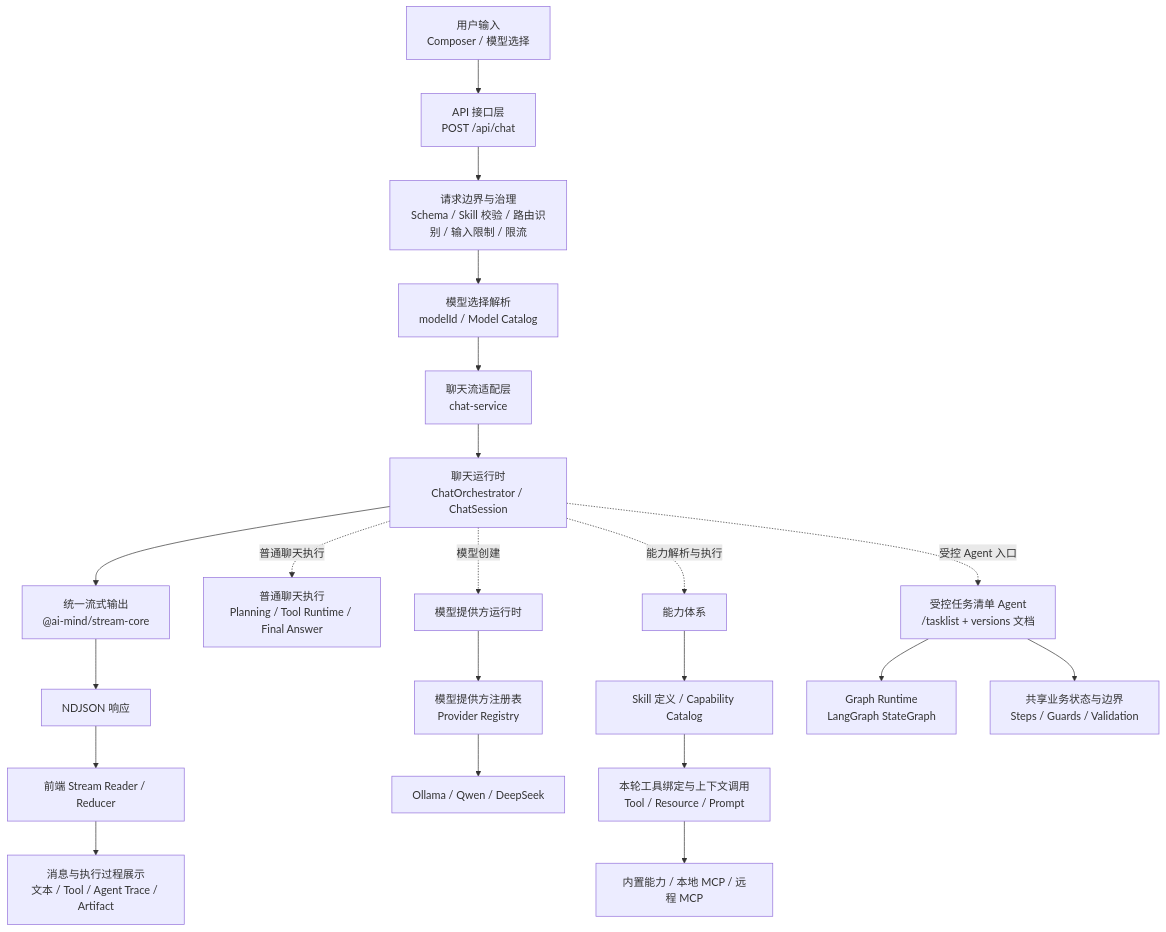
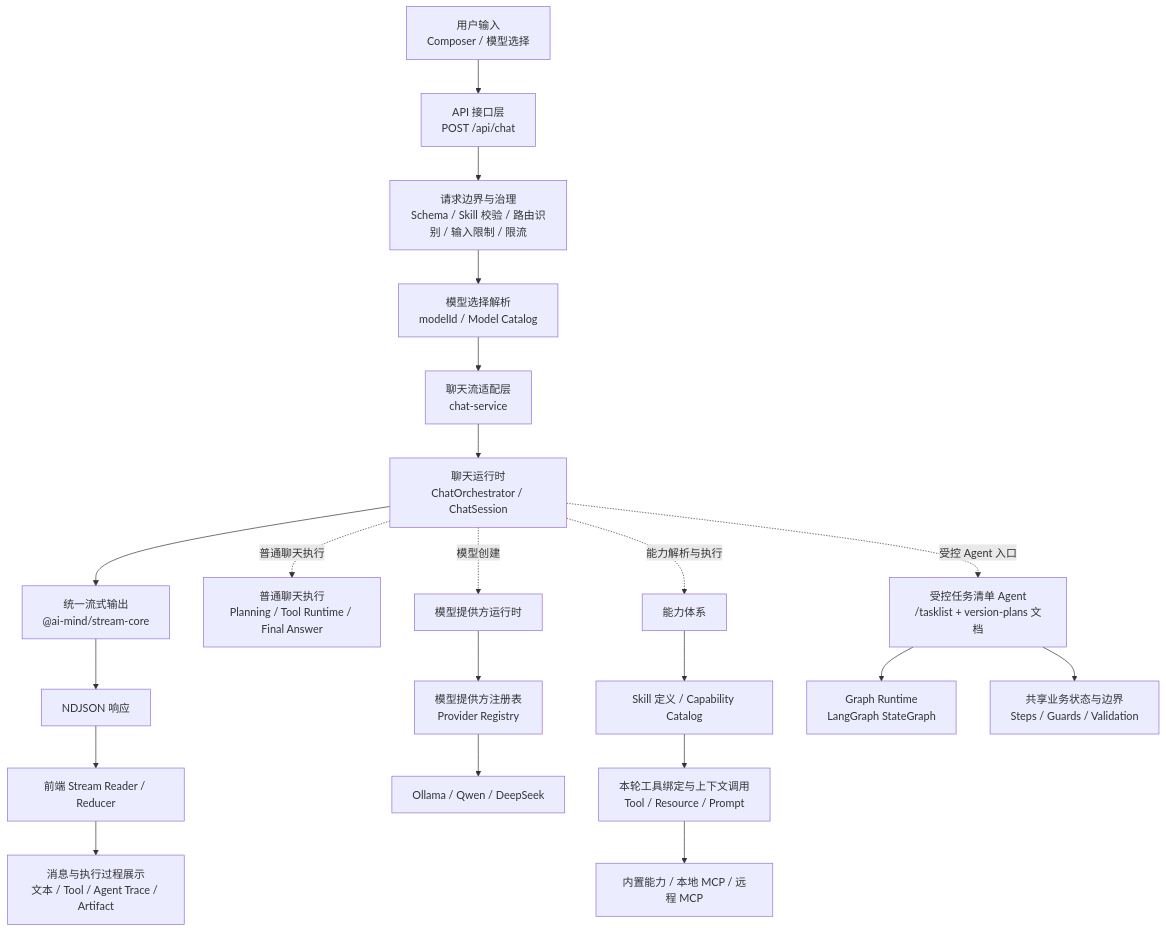
Before and after one commit to HWYD/ai-mind: the diagram in README.md, drawn with Mermaid. The commit also changed other lines of this file and 114 other files, not shown here.

````diff
--- a/README.md
+++ b/README.md
@@ -59,28 +59,28 @@
 ```mermaid
 flowchart TD
     INPUT["用户输入<br/>Composer / 模型选择"] --> API["API 接口层<br/>POST /api/chat"]
     API --> GUARD["请求边界与治理<br/>Schema / Skill 校验 / 路由识别 / 输入限制 / 限流"]
     GUARD --> SELECT["模型选择解析<br/>modelId / Model Catalog"]
     SELECT --> SERVICE["聊天流适配层<br/>chat-service"]
     SERVICE --> RUNTIME["聊天运行时<br/>ChatOrchestrator / ChatSession"]
 
     RUNTIME --> STREAM["统一流式输出<br/>@ai-mind/stream-core"]
     STREAM --> NDJSON["NDJSON 响应"]
     NDJSON --> CONSUMER["前端 Stream Reader / Reducer"]
     CONSUMER --> VIEW["消息与执行过程展示<br/>文本 / Tool / Agent Trace / Artifact"]
 
     RUNTIME -. 普通聊天执行 .-> CHAT["普通聊天执行<br/>Planning / Tool Runtime / Final Answer"]
 
     RUNTIME -. 模型创建 .-> MODEL["模型提供方运行时"]
     MODEL --> REGISTRY["模型提供方注册表<br/>Provider Registry"]
     REGISTRY --> PROVIDERS["Ollama / Qwen / DeepSeek"]
 
     RUNTIME -. 能力解析与执行 .-> CAPABILITY["能力体系"]
     CAPABILITY --> DEFINITION["Skill 定义 / Capability Catalog"]
     DEFINITION --> BINDING["本轮工具绑定与上下文调用<br/>Tool / Resource / Prompt"]
     BINDING --> SOURCES["内置能力 / 本地 MCP / 远程 MCP"]
 
-    RUNTIME -. 受控 Agent 入口 .-> AGENT["受控任务清单 Agent<br/>/tasklist + versions 文档"]
+    RUNTIME -. 受控 Agent 入口 .-> AGENT["受控任务清单 Agent<br/>/tasklist + version-plans 文档"]
     AGENT --> GRAPH["Graph Runtime<br/>LangGraph StateGraph"]
     AGENT --> SHARED["共享业务状态与边界<br/>Steps / Guards / Validation"]
 ```
````
